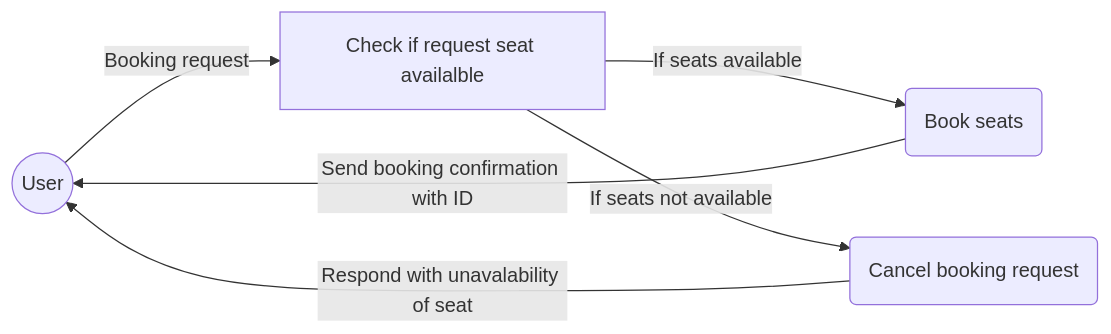
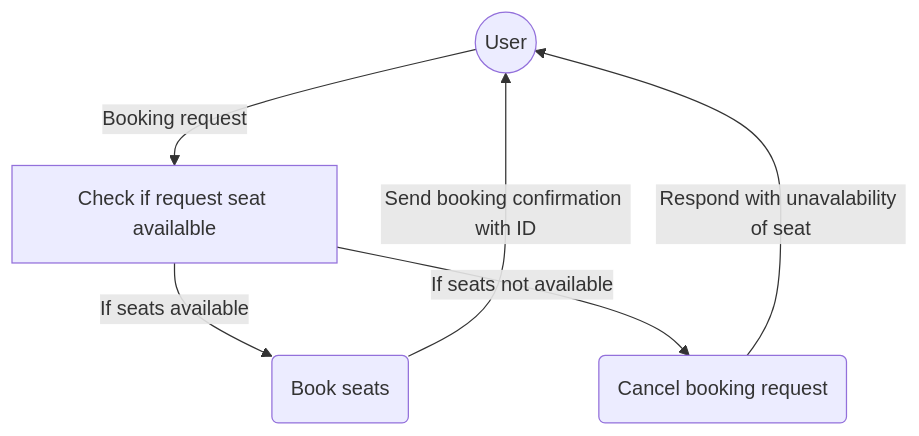
The diagram in README.md (ansm/bts), drawn with Mermaid before and after one commit. The commit also changed other lines of this file, not shown here.

````diff
--- a/README.md
+++ b/README.md
@@ -31,8 +49,8 @@
 ```mermaid
-graph LR
+graph TD
 A((User)) -- Booking request --> B[Check if request seat availalble ]
 B -- If seats available --> C(Book seats)
 B -- If seats not available --> D(Cancel booking request)
 D -- Respond with unavalability of seat --> A
 C -- Send booking confirmation with ID --> A
 ```
````
